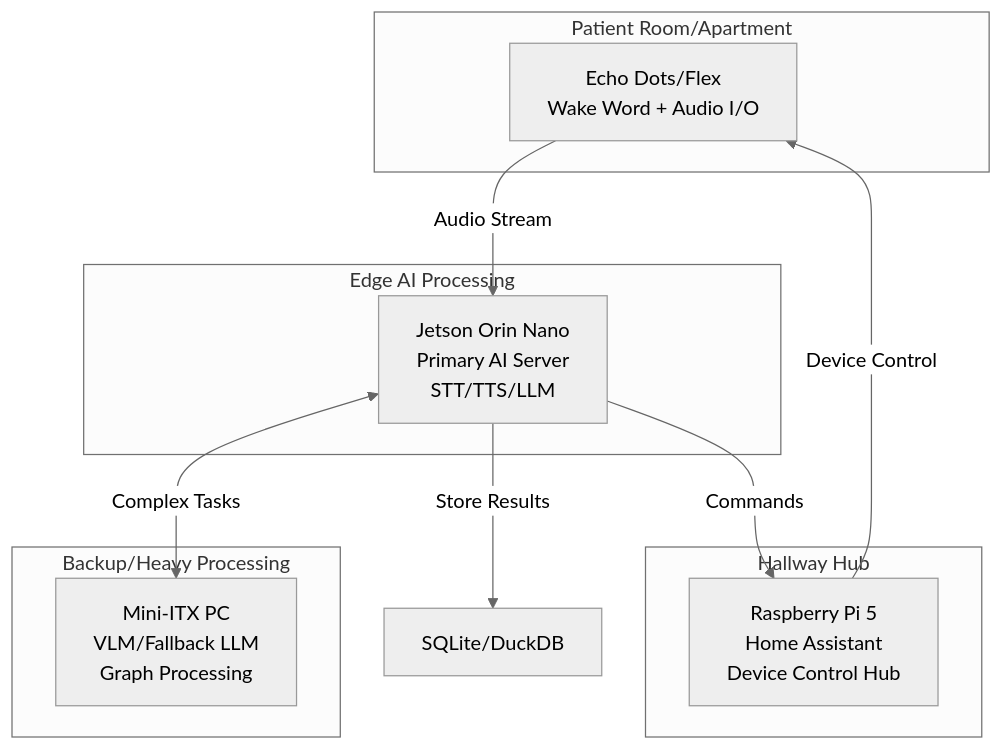
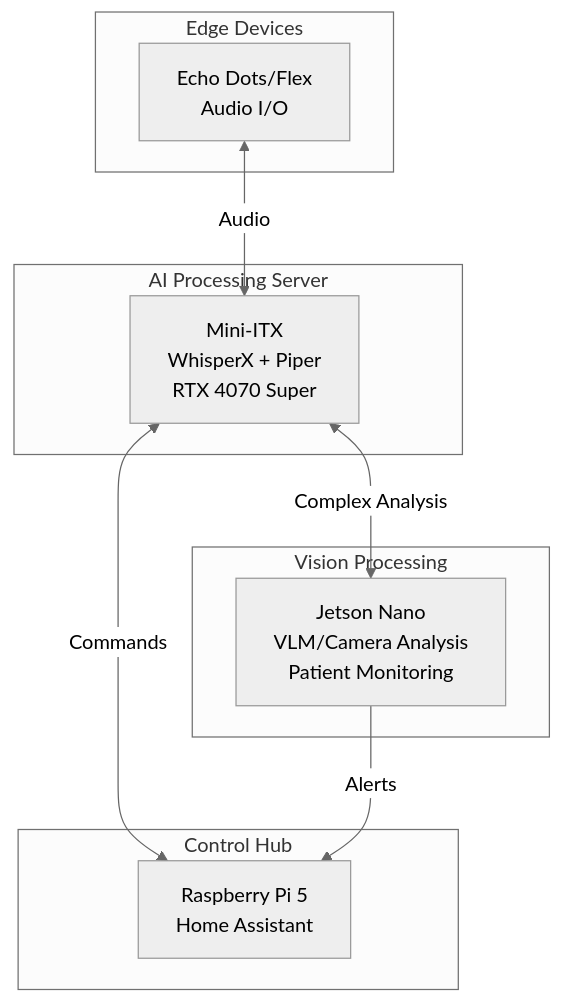
The first of 3 diagrams in README.md (David-Barnes-Data-Imaginations/persona-forge-langgraph), drawn with Mermaid (neutral theme) before and after one commit. The commit also changed other lines of this file and 19 other files, not shown here.

````diff
--- a/README.md
+++ b/README.md
@@ -131,24 +131,23 @@
 ```mermaid
 graph TD
-    subgraph "Patient Room/Apartment"
-        A[Echo Dots/Flex<br/>Wake Word + Audio I/O]
+    subgraph "Edge Devices"
+        A[Echo Dots/Flex<br/>Audio I/O]
     end
     
-    subgraph "Hallway Hub"
-        B[Raspberry Pi 5<br/>Home Assistant<br/>Device Control Hub]
+    subgraph "Control Hub"
+        B[Raspberry Pi 5<br/>Home Assistant]
     end
     
-    subgraph "Edge AI Processing"
-        C[Jetson Orin Nano<br/>Primary AI Server<br/>STT/TTS/LLM]
+    subgraph "AI Processing Server"
+        C[Mini-ITX<br/>WhisperX + Piper<br/>RTX 4070 Super]
     end
     
-    subgraph "Backup/Heavy Processing"
-        D[Mini-ITX PC<br/>VLM/Fallback LLM<br/>Graph Processing]
+    subgraph "Vision Processing"
+        D[Jetson Nano<br/>VLM/Camera Analysis<br/>Patient Monitoring]
     end
     
-    A -->|Audio Stream| C
-    C -->|Commands| B
-    B -->|Device Control| A
-    C <-->|Complex Tasks| D
-    C -->|Store Results| E[SQLite/DuckDB]
+    A <-->|Audio| C
+    C <-->|Commands| B
+    D -->|Alerts| B
+    C <-->|Complex Analysis| D
 ```
````
